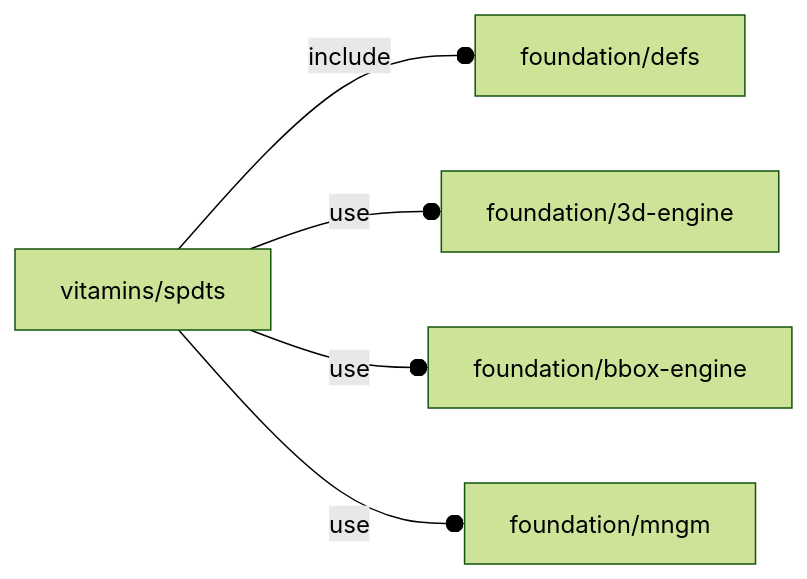
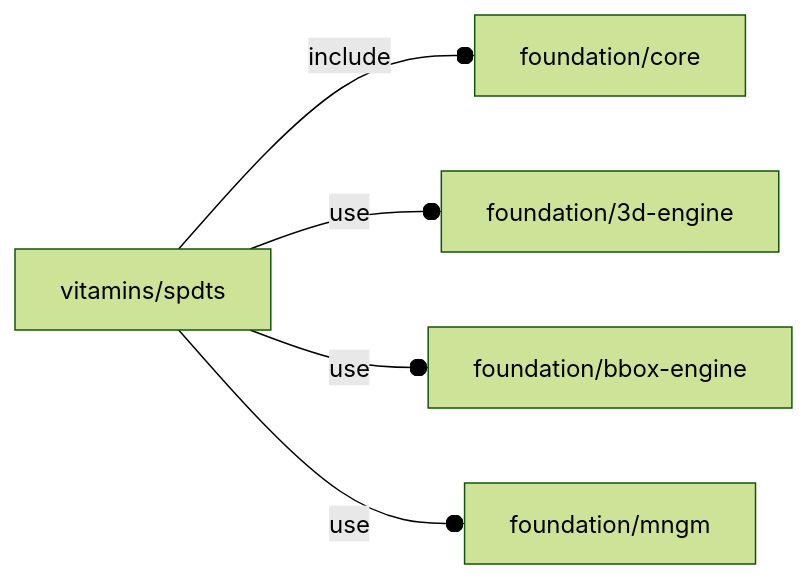
The diagram in orthodocs/vitamins/spdts.md (ggabbiani/OFL), drawn with Mermaid (forest theme) before and after one commit. The commit also changed 81 other files, not shown here.

Commit message:
foundation/defs.scad renamed as foundation/core.scad

````diff
--- a/orthodocs/vitamins/spdts.md
+++ b/orthodocs/vitamins/spdts.md
@@ -5,7 +5,7 @@
 ```mermaid
 graph LR
-    A1[vitamins/spdts] --o|include| A2[foundation/defs]
+    A1[vitamins/spdts] --o|include| A2[foundation/core]
     A1 --o|use| A3[foundation/3d-engine]
     A1 --o|use| A4[foundation/bbox-engine]
     A1 --o|use| A5[foundation/mngm]
 ```
````
